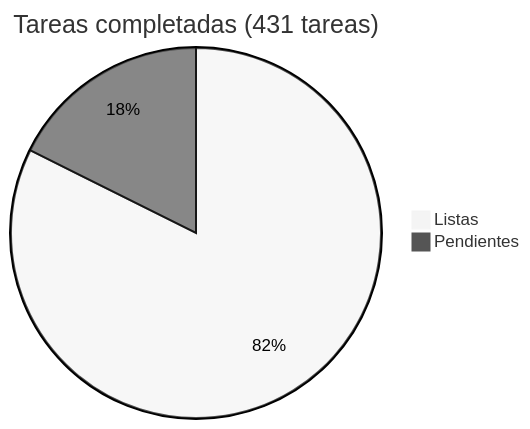
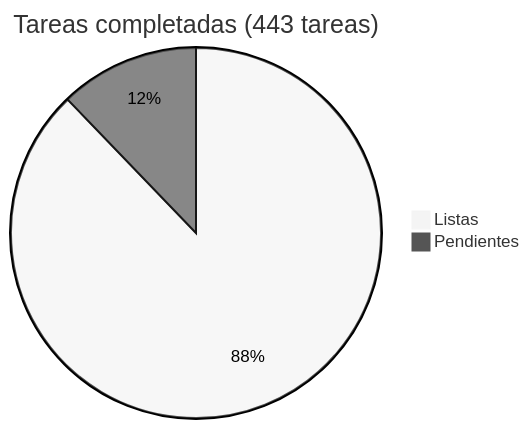
The diagram in docs/roadmap/README.md (araguaney-lat/araguaney), drawn with Mermaid (neutral theme) before and after one commit. The commit also changed other lines of this file and 9 other files, not shown here.

````diff
--- a/docs/roadmap/README.md
+++ b/docs/roadmap/README.md
@@ -5,5 +5,5 @@
 ```mermaid
-pie title Tareas completadas (431 tareas)
-    "Listas" : 355
-    "Pendientes" : 76
+pie title Tareas completadas (443 tareas)
+    "Listas" : 389
+    "Pendientes" : 54
 ```
````
